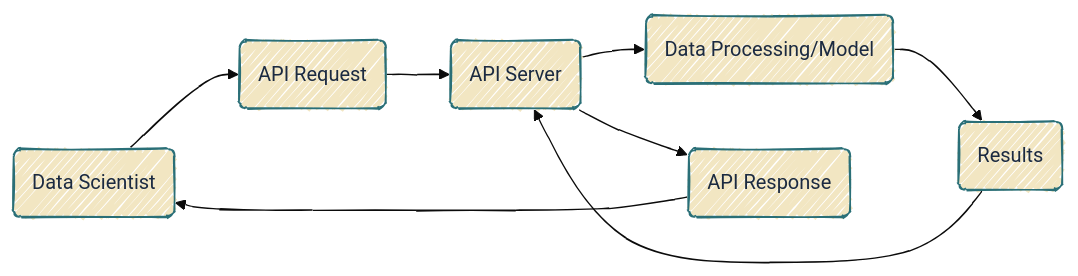
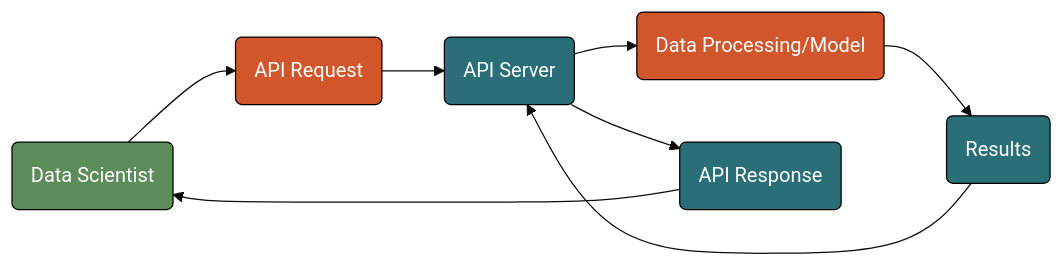
Before and after one commit to mjfrigaard/do4ds-labs: the fourth of 6 diagrams in lab03.qmd, drawn with Mermaid. The commit also changed other lines of this file and 48 other files, not shown here.

````diff
--- a/lab03.qmd
+++ b/lab03.qmd
@@ -232,17 +256,22 @@
 ```{mermaid}
 %%| fig-cap: 'APIs'
-%%| fig-align: center
-%%{init: {'theme': 'base', 'look': 'handDrawn', 'themeVariables': {'fontFamily': 'monospace'}}}%%
+%%| fig-align: 'center'
+%%{init: {'theme': 'base', 'themeVariables': {'fontFamily': 'monospace'}}}%%
 
 graph LR
     DS("Data Scientist") --> Req("API Request")
     Req --> ApiServ("API Server")
     ApiServ --> DataProcMod("Data Processing/Model")
     DataProcMod --> Res("Results")
     Res --> ApiServ
     ApiServ --> APIResp("API Response")
     APIResp --> DS
-    classDef default fill:#F2E6C2,stroke:#2A6F77,color:#1B2A41
+    style DS fill:#5B8C5A,stroke:#000000,stroke-width:1px,color:#ffffff
+    style Req fill:#D2562B,stroke:#000000,stroke-width:1px,color:#ffffff
+    style ApiServ fill:#2A6F77,stroke:#000000,stroke-width:1px,color:#ffffff
+    style DataProcMod fill:#D2562B,stroke:#000000,stroke-width:1px,color:#ffffff
+    style Res fill:#2A6F77,stroke:#000000,stroke-width:1px,color:#ffffff
+    style APIResp fill:#2A6F77,stroke:#000000,stroke-width:1px,color:#ffffff
     
     
 ```
````
